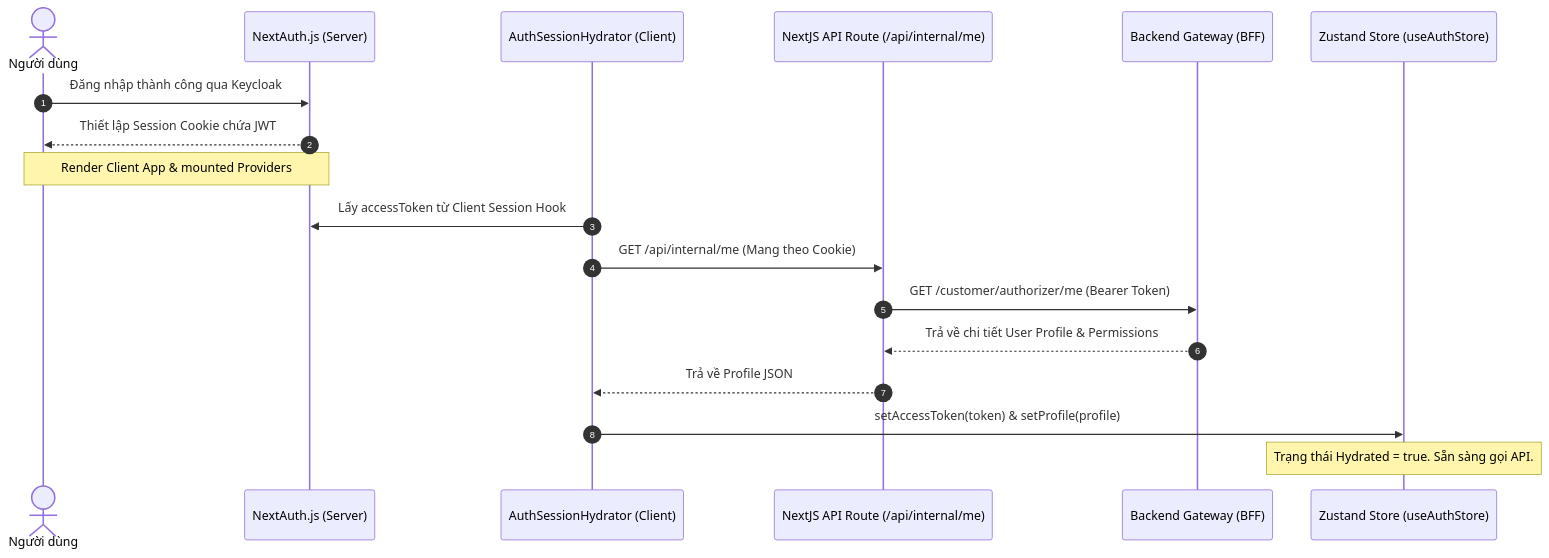
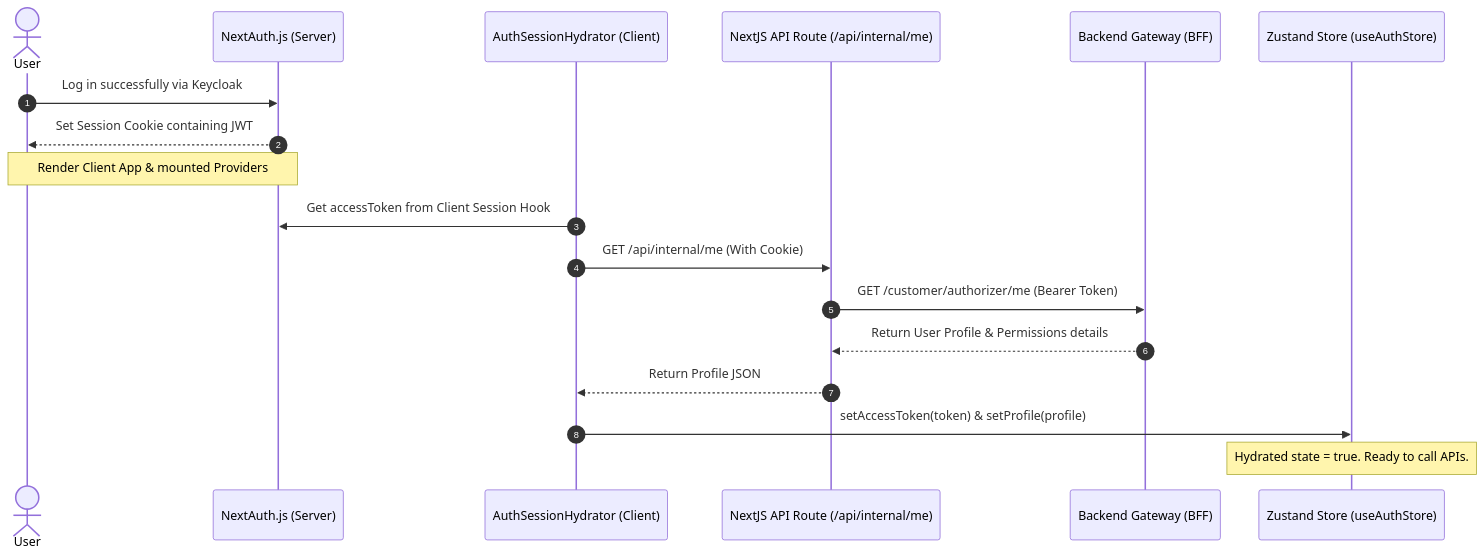
Before and after one commit to quan-vo-dinh/saas-pos-microservices-qrtable: the diagram in apps/management-app/README.md, drawn with Mermaid. The commit also changed other lines of this file, not shown here.

````diff
--- a/apps/management-app/README.md
+++ b/apps/management-app/README.md
@@ -58,21 +58,21 @@
 ```mermaid
 sequenceDiagram
     autonumber
-    actor User as Người dùng
+    actor User as User
     participant NextAuth as NextAuth.js (Server)
     participant Hydrator as AuthSessionHydrator (Client)
     participant APIProxy as NextJS API Route (/api/internal/me)
     participant BFF as Backend Gateway (BFF)
     participant Zustand as Zustand Store (useAuthStore)
 
-    User->>NextAuth: Đăng nhập thành công qua Keycloak
-    NextAuth-->>User: Thiết lập Session Cookie chứa JWT
+    User->>NextAuth: Log in successfully via Keycloak
+    NextAuth-->>User: Set Session Cookie containing JWT
     Note over User, NextAuth: Render Client App & mounted Providers
-    Hydrator->>NextAuth: Lấy accessToken từ Client Session Hook
-    Hydrator->>APIProxy: GET /api/internal/me (Mang theo Cookie)
+    Hydrator->>NextAuth: Get accessToken from Client Session Hook
+    Hydrator->>APIProxy: GET /api/internal/me (With Cookie)
     APIProxy->>BFF: GET /customer/authorizer/me (Bearer Token)
-    BFF-->>APIProxy: Trả về chi tiết User Profile & Permissions
-    APIProxy-->>Hydrator: Trả về Profile JSON
+    BFF-->>APIProxy: Return User Profile & Permissions details
+    APIProxy-->>Hydrator: Return Profile JSON
     Hydrator->>Zustand: setAccessToken(token) & setProfile(profile)
-    Note over Zustand: Trạng thái Hydrated = true. Sẵn sàng gọi API.
+    Note over Zustand: Hydrated state = true. Ready to call APIs.
 ```
````
